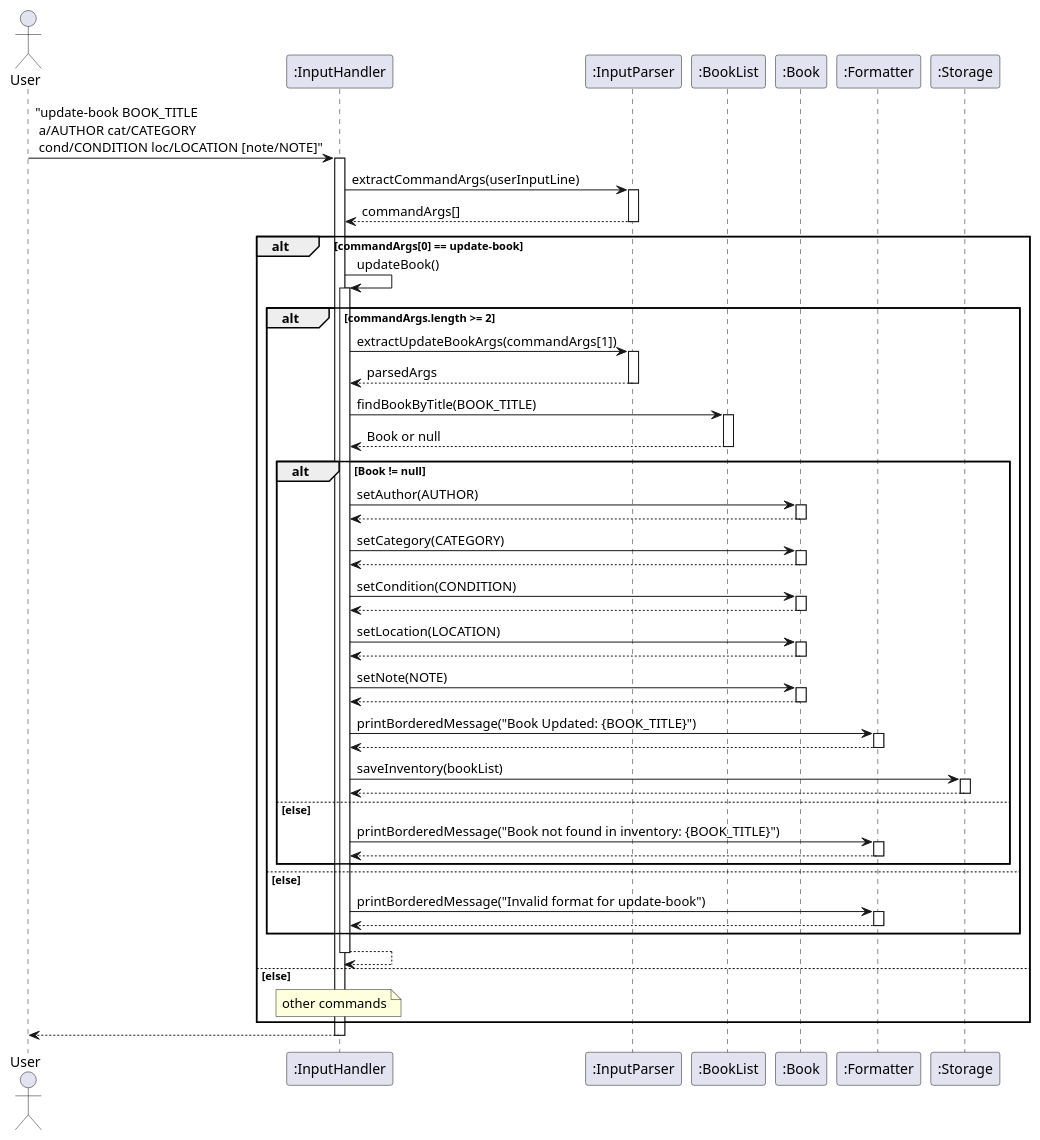
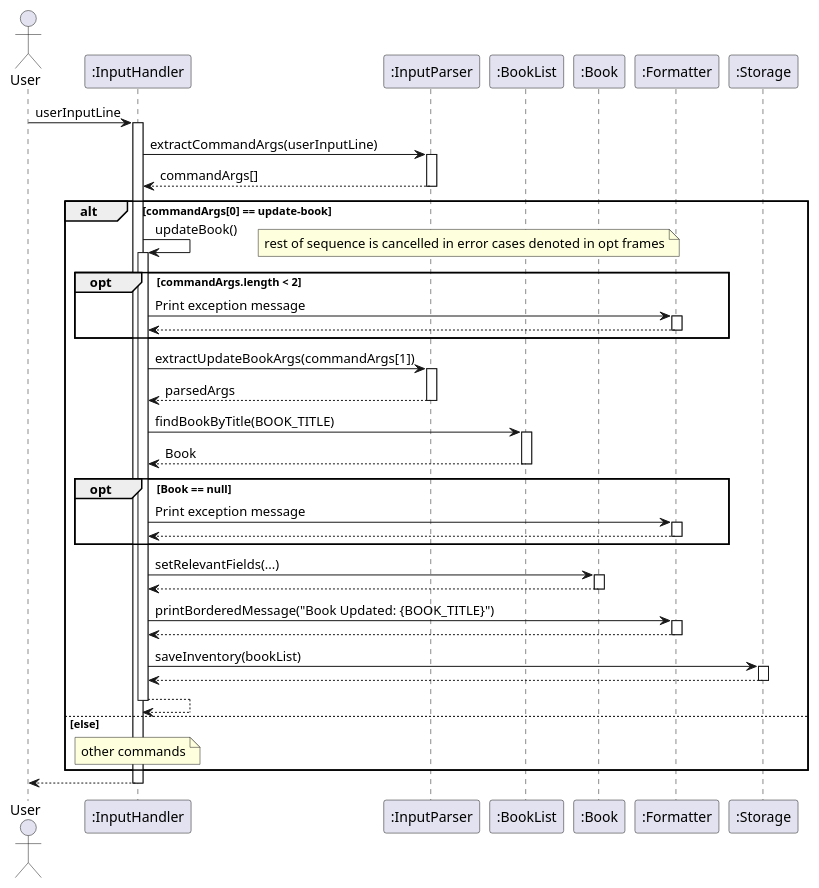
One commit to AY2425S2-CS2113-T12-2/tp changed the diagram in docs/diagrams/updateBook.puml. Above: the diagram before and after it, drawn with PlantUML. The commit also changed 9 other files, not shown here.

Commit message:
sequence diagram edits

```diff
--- a/docs/diagrams/updateBook.puml
+++ b/docs/diagrams/updateBook.puml
@@ -1,96 +1,77 @@
 @startuml
 actor User
 participant InputHandler as ":InputHandler"
 participant InputParser as ":InputParser"
 participant BookList as ":BookList"
 participant Book as ":Book"
 participant Formatter as ":Formatter"
 participant Storage as ":Storage"
 
-User -> InputHandler: "update-book BOOK_TITLE \n a/AUTHOR cat/CATEGORY \n cond/CONDITION loc/LOCATION [note/NOTE]"
+User -> InputHandler: userInputLine
 activate InputHandler
 
 InputHandler -> InputParser: extractCommandArgs(userInputLine)
 activate InputParser
 
 InputParser --> InputHandler: commandArgs[]
 deactivate InputParser
 
 alt commandArgs[0] == update-book
     InputHandler -> InputHandler : updateBook()
     activate InputHandler
 
-alt commandArgs.length >= 2
+    opt commandArgs.length < 2
+        note right
+        rest of sequence is cancelled in error cases denoted in opt frames
+        end note
+        InputHandler -> Formatter: Print exception message
+        activate Formatter
+        Formatter --> InputHandler
+        deactivate Formatter
+    end
+
     InputHandler -> InputParser: extractUpdateBookArgs(commandArgs[1])
     activate InputParser
 
     InputParser --> InputHandler: parsedArgs
     deactivate InputParser
 
     InputHandler -> BookList: findBookByTitle(BOOK_TITLE)
     activate BookList
 
-    BookList --> InputHandler: Book or null
+    BookList --> InputHandler: Book
     deactivate BookList
 
-    alt Book != null
-        InputHandler -> Book : setAuthor(AUTHOR)
-        activate Book
-        Book --> InputHandler
-        deactivate Book
-
-        InputHandler -> Book : setCategory(CATEGORY)
-        activate Book
-        Book --> InputHandler
-        deactivate Book
-        InputHandler -> Book : setCondition(CONDITION)
-        activate Book
-        Book --> InputHandler
-        deactivate Book
-        InputHandler -> Book : setLocation(LOCATION)
-        activate Book
-        Book --> InputHandler
-        deactivate Book
-        InputHandler -> Book : setNote(NOTE)
-        activate Book
-        Book --> InputHandler
-        deactivate Book
-        
-
-        InputHandler -> Formatter: printBorderedMessage("Book Updated: {BOOK_TITLE}")
-        activate Formatter
-
-        Formatter --> InputHandler
-        deactivate Formatter
-
-        InputHandler -> Storage: saveInventory(bookList)
-        activate Storage
-
-        Storage --> InputHandler
-        deactivate Storage
-
-
-    else else
-        InputHandler -> Formatter: printBorderedMessage("Book not found in inventory: {BOOK_TITLE}")
+    opt Book == null
+        InputHandler -> Formatter: Print exception message
         activate Formatter
         Formatter --> InputHandler
         deactivate Formatter
     end
+    InputHandler -> Book : setRelevantFields(...)
+    activate Book
+    Book --> InputHandler
+    deactivate Book
 
-    else else
-        InputHandler -> Formatter: printBorderedMessage("Invalid format for update-book")
-        activate Formatter
-        Formatter --> InputHandler
-        deactivate Formatter
-    end
+    InputHandler -> Formatter: printBorderedMessage("Book Updated: {BOOK_TITLE}")
+    activate Formatter
+
+    Formatter --> InputHandler
+    deactivate Formatter
+
+    InputHandler -> Storage: saveInventory(bookList)
+    activate Storage
+
+    Storage --> InputHandler
+    deactivate Storage
 
 InputHandler --> InputHandler
 deactivate InputHandler
 
 else else
     note over InputHandler : other commands
 end
 
 InputHandler --> User
 deactivate InputHandler
 @enduml
```
